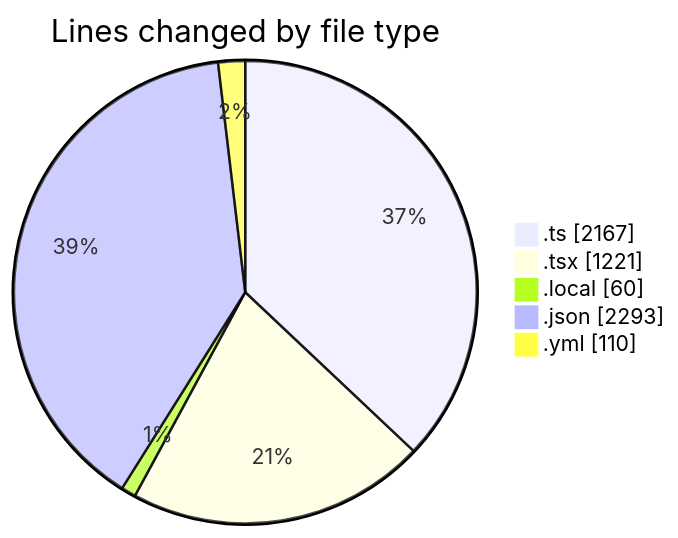
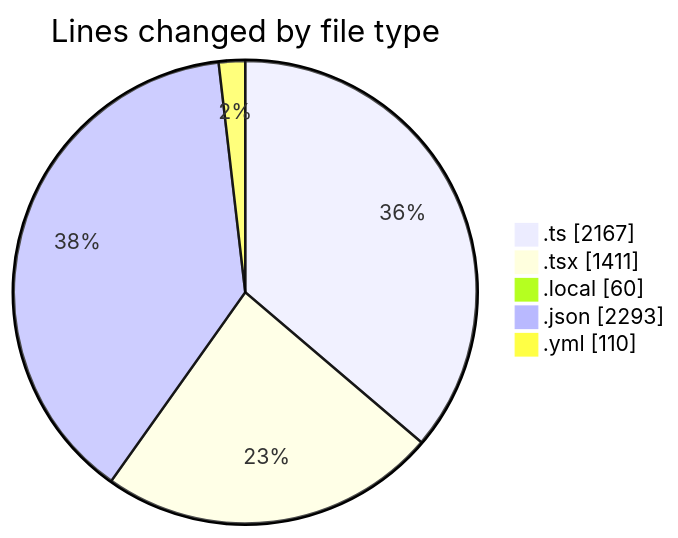
The first of 2 diagrams in 2025-11-26/eventscop-frontend-guide__workspace_/README.md (julien-gomy/code-tracking), drawn with Mermaid before and after one commit. The commit also changed other lines of this file and 1 other file, not shown here.

````diff
--- a/2025-11-26/eventscop-frontend-guide__workspace_/README.md
+++ b/2025-11-26/eventscop-frontend-guide__workspace_/README.md
@@ -39,9 +39,9 @@
 ```mermaid
 pie showData
 title Lines changed by file type
 ".ts" : 2167
-".tsx" : 1221
+".tsx" : 1411
 ".local" : 60
 ".json" : 2293
 ".yml" : 110
 ```
````
